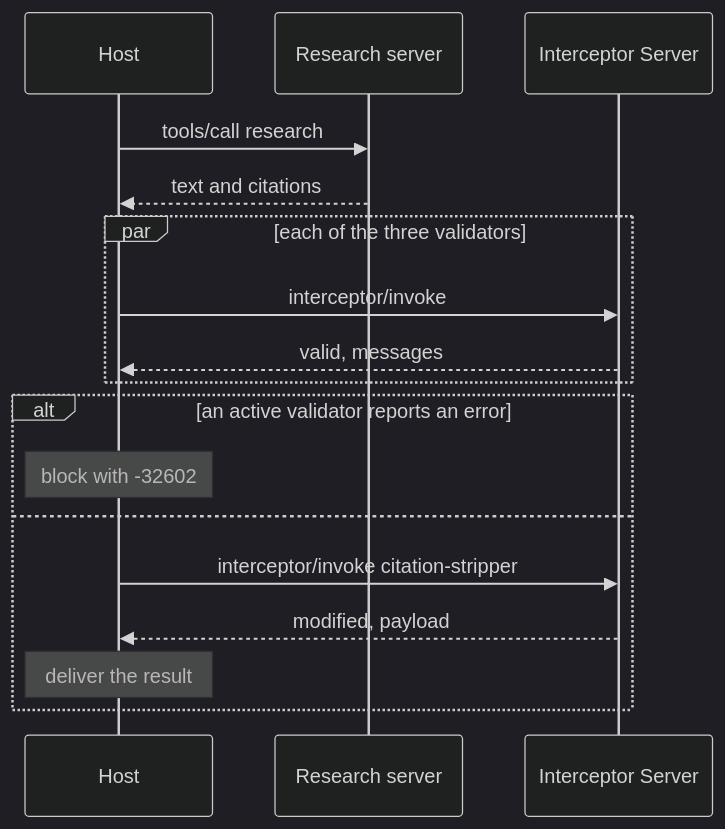
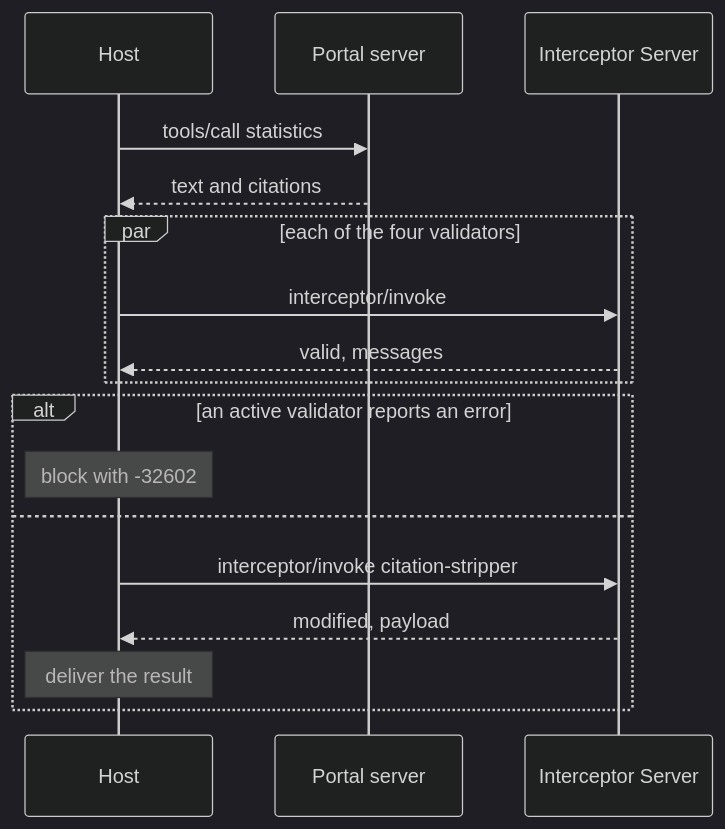
One commit to olaservo/citation-audit-demo changed the diagram in README.md. Above: the diagram before and after it, drawn with Mermaid (dark theme). The commit also changed other lines of this file and 27 other files, not shown here.

````diff
--- a/README.md
+++ b/README.md
@@ -29,19 +64,19 @@
 ```mermaid
 sequenceDiagram
     participant H as Host
-    participant R as Research server
+    participant P as Portal server
     participant I as Interceptor Server
-    H->>R: tools/call research
-    R-->>H: text and citations
-    par each of the three validators
+    H->>P: tools/call statistics
+    P-->>H: text and citations
+    par each of the four validators
         H->>I: interceptor/invoke
         I-->>H: valid, messages
     end
     alt an active validator reports an error
         Note over H: block with -32602
     else
         H->>I: interceptor/invoke citation-stripper
         I-->>H: modified, payload
         Note over H: deliver the result
     end
 ```
````
